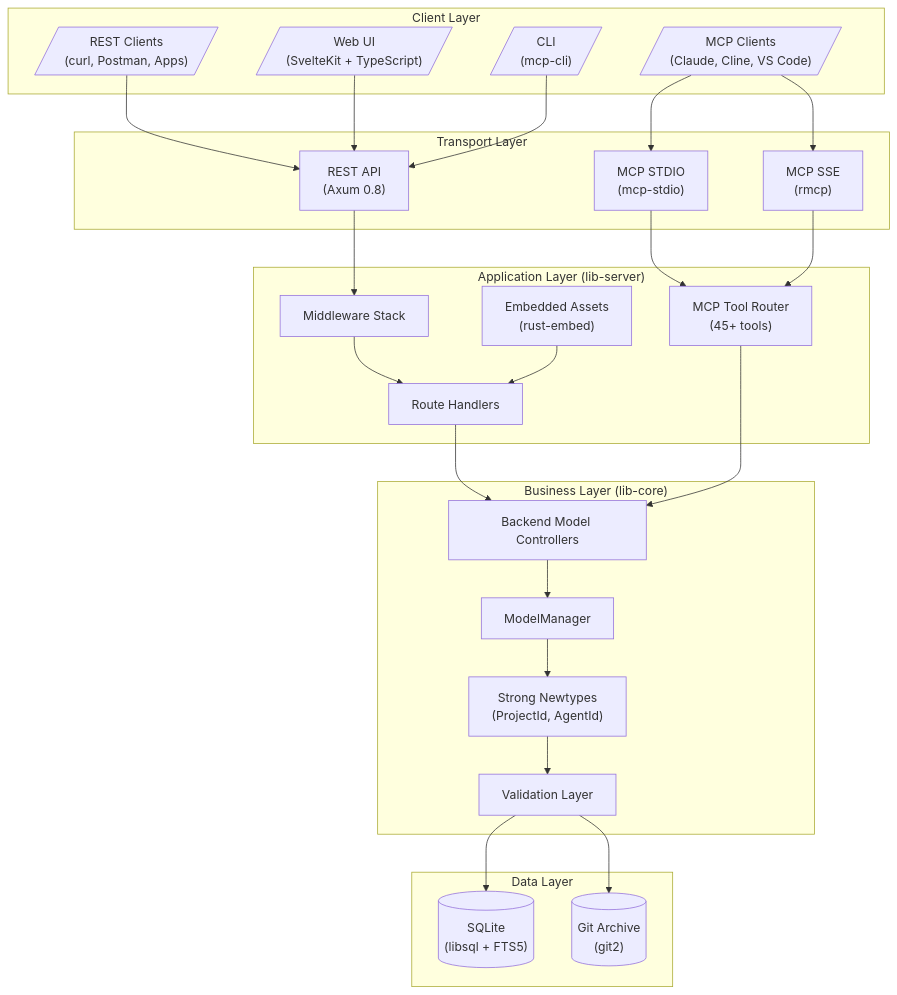
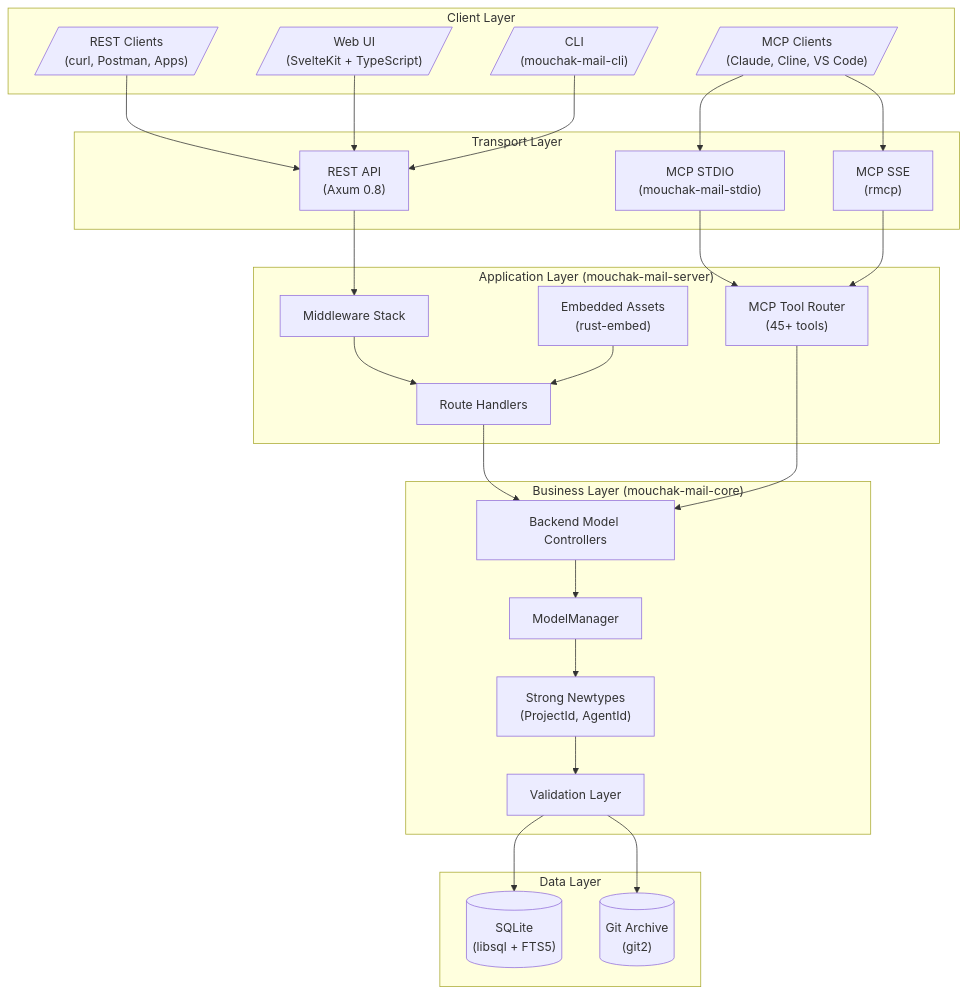
The first of 9 diagrams in README.md (Avyukth/mcp-agent-mail-rs), drawn with Mermaid before and after one commit. The commit also changed other lines of this file and 1 other file, not shown here.

````diff
--- a/README.md
+++ b/README.md
@@ -60,54 +60,54 @@
 ```mermaid
 flowchart TB
     subgraph Clients["Client Layer"]
         MCP[/"MCP Clients<br/>(Claude, Cline, VS Code)"/]
         REST[/"REST Clients<br/>(curl, Postman, Apps)"/]
         WebUI[/"Web UI<br/>(SvelteKit + TypeScript)"/]
-        CLI[/"CLI<br/>(mcp-cli)"/]
+        CLI[/"CLI<br/>(mouchak-mail-cli)"/]
     end
 
     subgraph Transport["Transport Layer"]
-        STDIO["MCP STDIO<br/>(mcp-stdio)"]
+        STDIO["MCP STDIO<br/>(mouchak-mail-stdio)"]
         SSE["MCP SSE<br/>(rmcp)"]
         HTTP["REST API<br/>(Axum 0.8)"]
     end
 
-    subgraph App["Application Layer (lib-server)"]
+    subgraph App["Application Layer (mouchak-mail-server)"]
         MW["Middleware Stack"]
         Handlers["Route Handlers"]
         Tools["MCP Tool Router<br/>(45+ tools)"]
         Embed["Embedded Assets<br/>(rust-embed)"]
     end
 
-    subgraph Business["Business Layer (lib-core)"]
+    subgraph Business["Business Layer (mouchak-mail-core)"]
         BMC["Backend Model Controllers"]
         MM["ModelManager"]
         Types["Strong Newtypes<br/>(ProjectId, AgentId)"]
         Val["Validation Layer"]
     end
 
     subgraph Data["Data Layer"]
         SQLite[("SQLite<br/>(libsql + FTS5)")]
         Git[("Git Archive<br/>(git2)")]
     end
 
     MCP --> STDIO
     MCP --> SSE
     REST --> HTTP
     WebUI --> HTTP
     CLI --> HTTP
 
     STDIO --> Tools
     SSE --> Tools
     HTTP --> MW --> Handlers
     Embed --> Handlers
 
     Handlers --> BMC
     Tools --> BMC
 
     BMC --> MM
     MM --> Types
     Types --> Val
     Val --> SQLite
     Val --> Git
 ```
````
